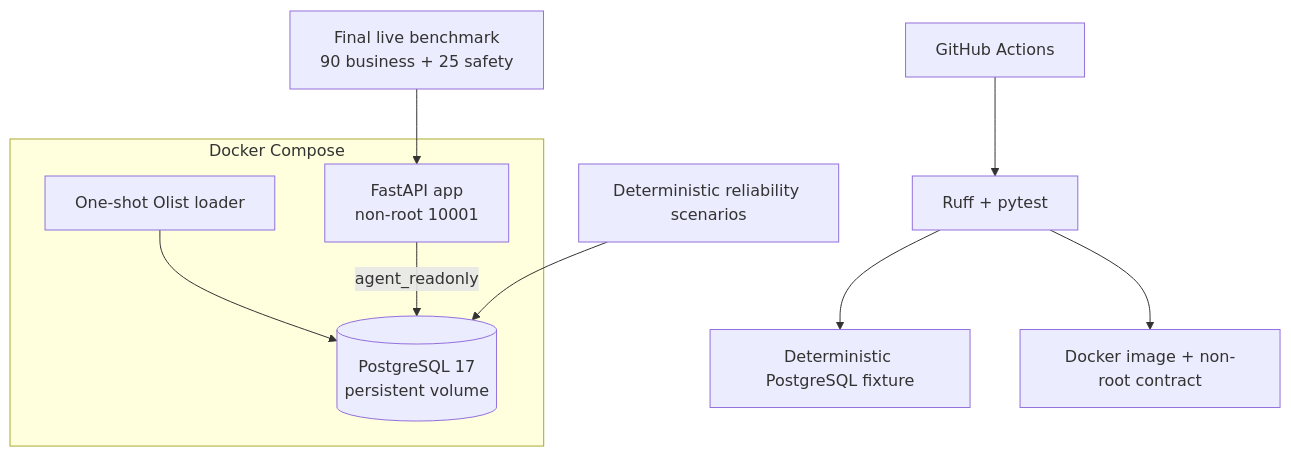
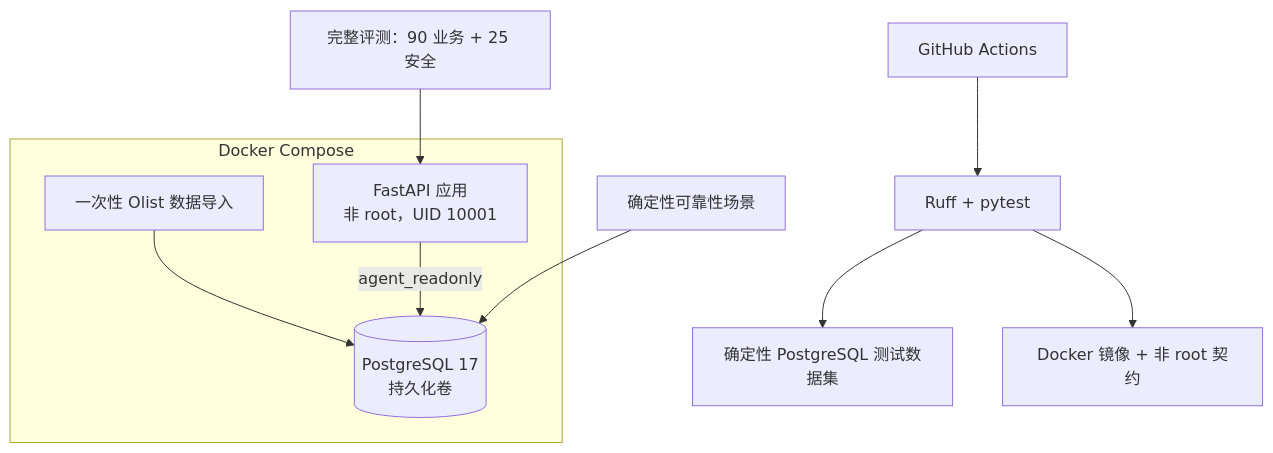
One commit to idlebranch/multi-agent-bi changed the second of 2 diagrams in docs/architecture.md. Above: the diagram before and after it, drawn with Mermaid. The commit also changed other lines of this file and 21 other files, not shown here.

````diff
--- a/docs/architecture.md
+++ b/docs/architecture.md
@@ -38,17 +38,17 @@
 ```mermaid
 flowchart TB
     subgraph DC[Docker Compose]
-        APP[FastAPI app\nnon-root 10001]
-        LOADER[One-shot Olist loader]
-        DB[(PostgreSQL 17\npersistent volume)]
+        APP[FastAPI 应用<br/>非 root，UID 10001]
+        LOADER[一次性 Olist 数据导入]
+        DB[(PostgreSQL 17<br/>持久化卷)]
         LOADER --> DB
         APP -->|agent_readonly| DB
     end
 
     GH[GitHub Actions] --> Q[Ruff + pytest]
-    Q --> FIX[Deterministic PostgreSQL fixture]
-    Q --> IMG[Docker image + non-root contract]
+    Q --> FIX[确定性 PostgreSQL 测试数据集]
+    Q --> IMG[Docker 镜像 + 非 root 契约]
 
-    BR[Final live benchmark\n90 business + 25 safety] --> APP
-    REL[Deterministic reliability scenarios] --> DB
+    BR[完整评测：90 业务 + 25 安全] --> APP
+    REL[确定性可靠性场景] --> DB
 ```
````
